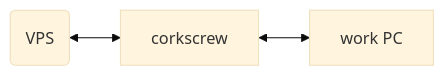
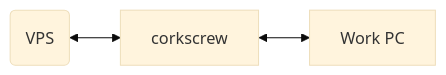
One commit to yogggoy/ssh-remote-tunnel changed the fourth of 5 diagrams in README.md. Above: the diagram before and after it, drawn with Mermaid (base theme). The commit also changed other lines of this file and 2 other files, not shown here.

````diff
--- a/README.md
+++ b/README.md
@@ -157,4 +163,4 @@
 ```mermaid
 graph LR
-A(VPS) <--> B[corkscrew] <--> CB[work PC]
+A(VPS) <--> B[corkscrew] <--> C[Work PC]
 ```
````
